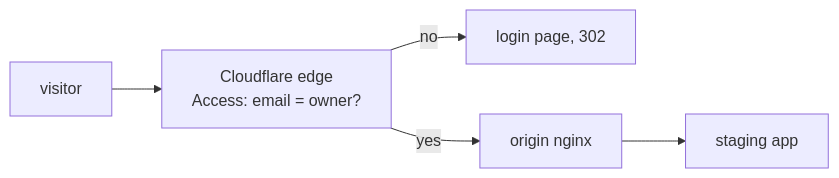
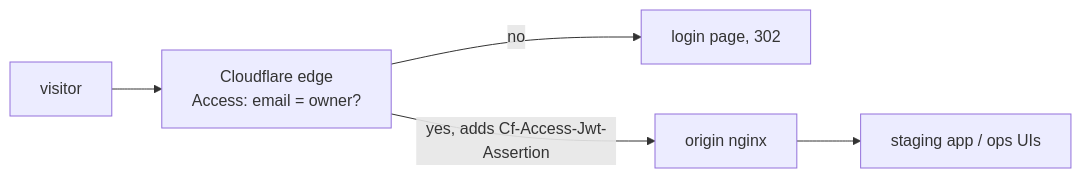
One commit to tareq89/biddaloy changed the second of 3 diagrams in docs/architecture/25-cloudflare.md. Above: the diagram before and after it, drawn with Mermaid. The commit also changed other lines of this file and 26 other files, not shown here.

First line of the commit message:
fix(ops): address PR #2742 review - edge networks isolate staging/ops from prod data services, config-check merges overlay env, deploy validates nginx templates, Access gate

````diff
--- a/docs/architecture/25-cloudflare.md
+++ b/docs/architecture/25-cloudflare.md
@@ -88,6 +90,6 @@
 ```mermaid
 flowchart LR
   U[visitor] --> CF["Cloudflare edge<br/>Access: email = owner?"]
   CF -->|no| L[login page, 302]
-  CF -->|yes| N[origin nginx] --> A[staging app]
+  CF -->|yes, adds Cf-Access-Jwt-Assertion| N[origin nginx] --> A[staging app / ops UIs]
 ```
````
